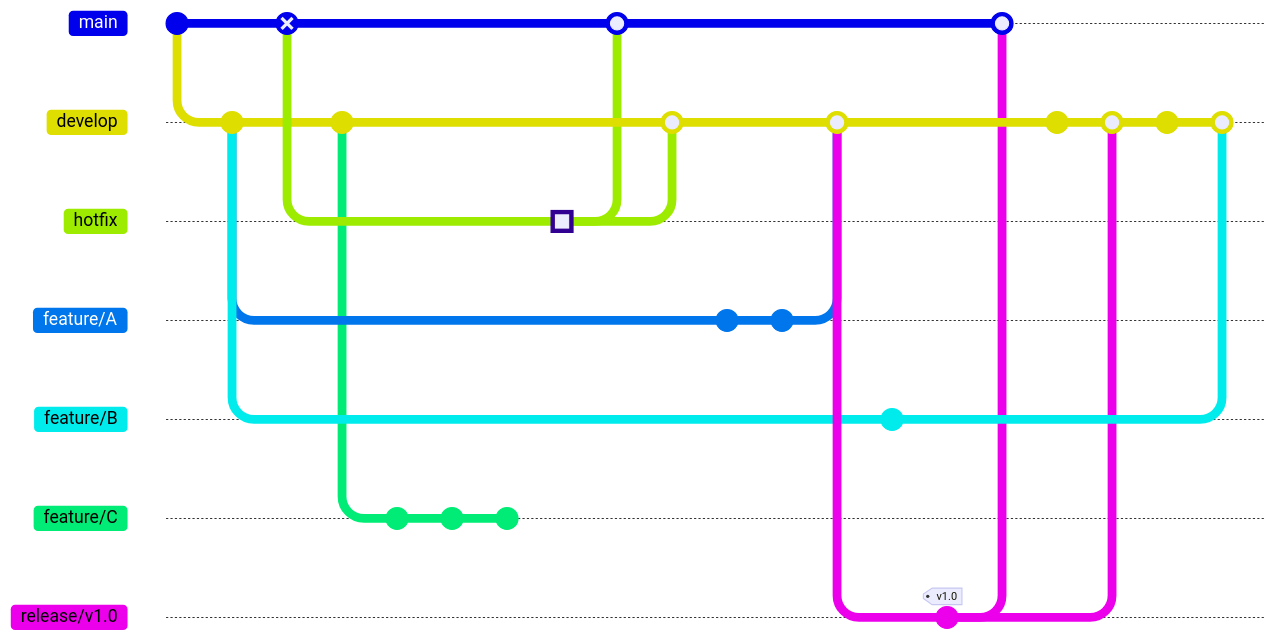
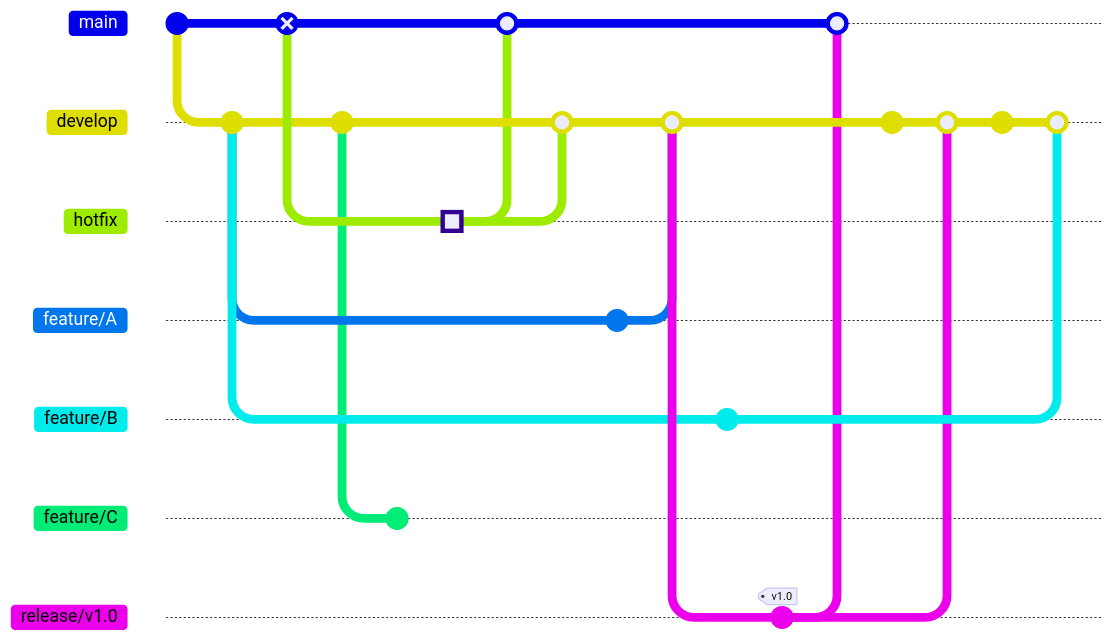
Before and after one commit to PonomaryovVladyslav/PythonCourses: the diagram in assets/mermaid/git/gitflow.mmd, drawn with Mermaid. Commit ids are hidden.

Commit message:
Update gitflow diagram

```diff
--- a/assets/mermaid/git/gitflow.mmd
+++ b/assets/mermaid/git/gitflow.mmd
@@ -1,58 +1,55 @@
 gitGraph
 %% initialize repository
     commit id: "Initial commit"
 
 %% define development branch
     branch develop
     commit
 
 %% define hotfix branch
     checkout main
     commit id: "Buggy commit" type: REVERSE
     branch hotfix
 
 %% define feature branches
     checkout develop
     branch feature/A
     branch feature/B
     checkout develop
     commit
     branch feature/C
     commit
-    commit
-    commit
 
 %% working with hotfix branch
     checkout hotfix
     commit id: "Fix bugs" type:HIGHLIGHT
 
 %% merge hotfix commits into main and develop
     checkout main
     merge hotfix
     checkout develop
     merge hotfix
 
 %% working with feature-b branch
     checkout feature/A
-    commit
     commit
     checkout develop
     merge feature/A
 %% work with feature-a branch
     checkout feature/B
     commit
     checkout develop
 
 %% define release branch
     checkout develop
     branch release/v1.0
     commit id: "Work on release" tag: "v1.0"
     checkout main
     merge release/v1.0
     checkout develop
     commit
     merge release/v1.0
 
 %% merging previous feature branch
     commit
     merge feature/B
```
